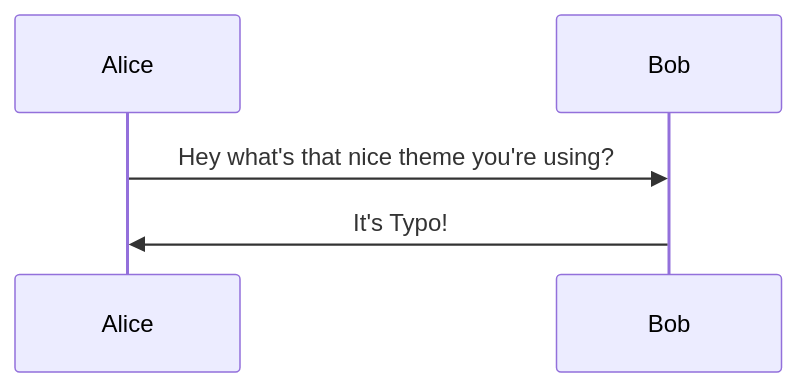
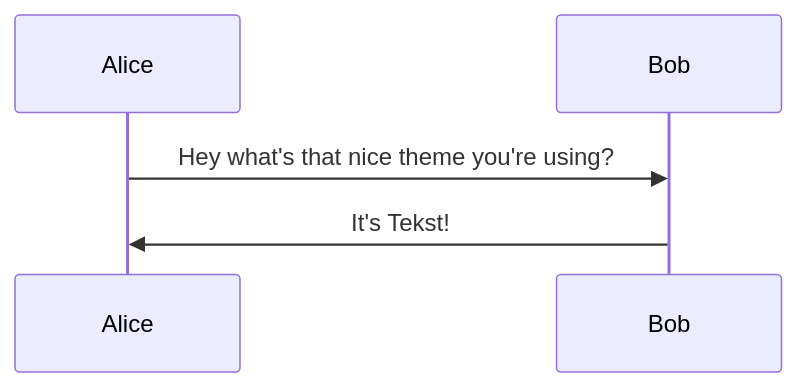
One commit to crnh/tekst changed the diagram in content/features/other-parameters.md. Above: the diagram before and after it, drawn with Mermaid. The commit also changed other lines of this file and 3 other files, not shown here.

````diff
--- a/content/features/other-parameters.md
+++ b/content/features/other-parameters.md
@@ -141,5 +141,5 @@
 ```mermaid
 sequenceDiagram
   Alice->>Bob: Hey what's that nice theme you're using? 
-  Bob->>Alice: It's Typo!
+  Bob->>Alice: It's Tekst!
 ```
````
